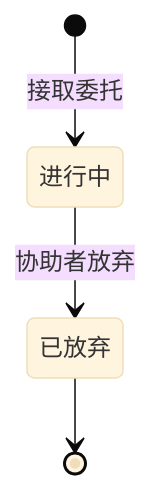
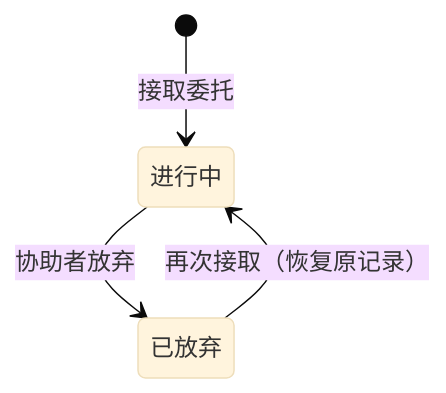
Before and after one commit to usstcyberteam/campus-lost-found: the fifth of 6 diagrams in .codeartsdoer/specs/campus_lost_found/spec.md, drawn with Mermaid (base theme). The commit also changed other lines of this file and 56 other files, not shown here.

Commit message:
feat(map): 室外平面图与室内 2.5D 双视图，接入地图素材与一键导入

````diff
--- a/.codeartsdoer/specs/campus_lost_found/spec.md
+++ b/.codeartsdoer/specs/campus_lost_found/spec.md
@@ -259,6 +290,6 @@
 ```mermaid
 stateDiagram-v2
     [*] --> 进行中 : 接取委托
     进行中 --> 已放弃 : 协助者放弃
-    已放弃 --> [*]
+    已放弃 --> 进行中 : 再次接取（恢复原记录）
 ```
````
